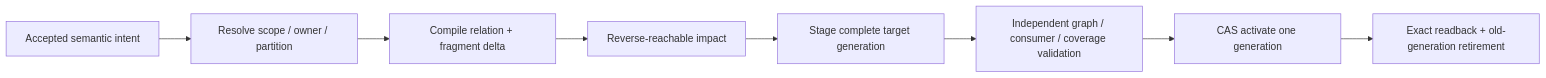
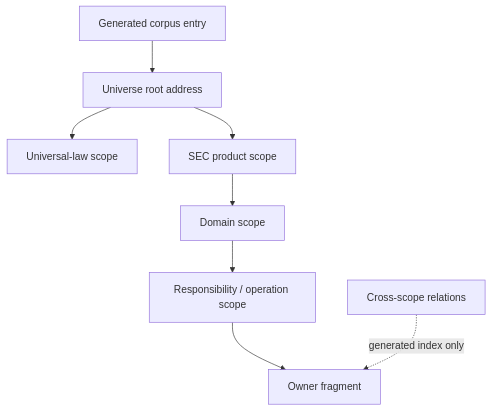
One commit to sec-platform/sec changed the fourth of 4 diagrams in docs/documentation-system.md. Above: the diagram before and after it, drawn with Mermaid. The commit also changed other lines of this file and 37 other files, not shown here.

````diff
--- a/docs/documentation-system.md
+++ b/docs/documentation-system.md
@@ -938,10 +127,10 @@
 ```mermaid
-flowchart LR
-  I[Accepted semantic intent] --> O[Resolve scope / owner / partition]
-  O --> P[Compile relation + fragment delta]
-  P --> A[Reverse-reachable impact]
-  A --> G[Stage complete target generation]
-  G --> V[Independent graph / consumer / coverage validation]
-  V --> C[CAS activate one generation]
-  C --> R[Exact readback + old-generation retirement]
+flowchart TB
+  E[Generated corpus entry] --> U[Universe root address]
+  U --> L[Universal-law scope]
+  U --> P[SEC product scope]
+  P --> D[Domain scope]
+  D --> R[Responsibility / operation scope]
+  R --> F[Owner fragment]
+  X[Cross-scope relations] -. generated index only .-> F
 ```
````
